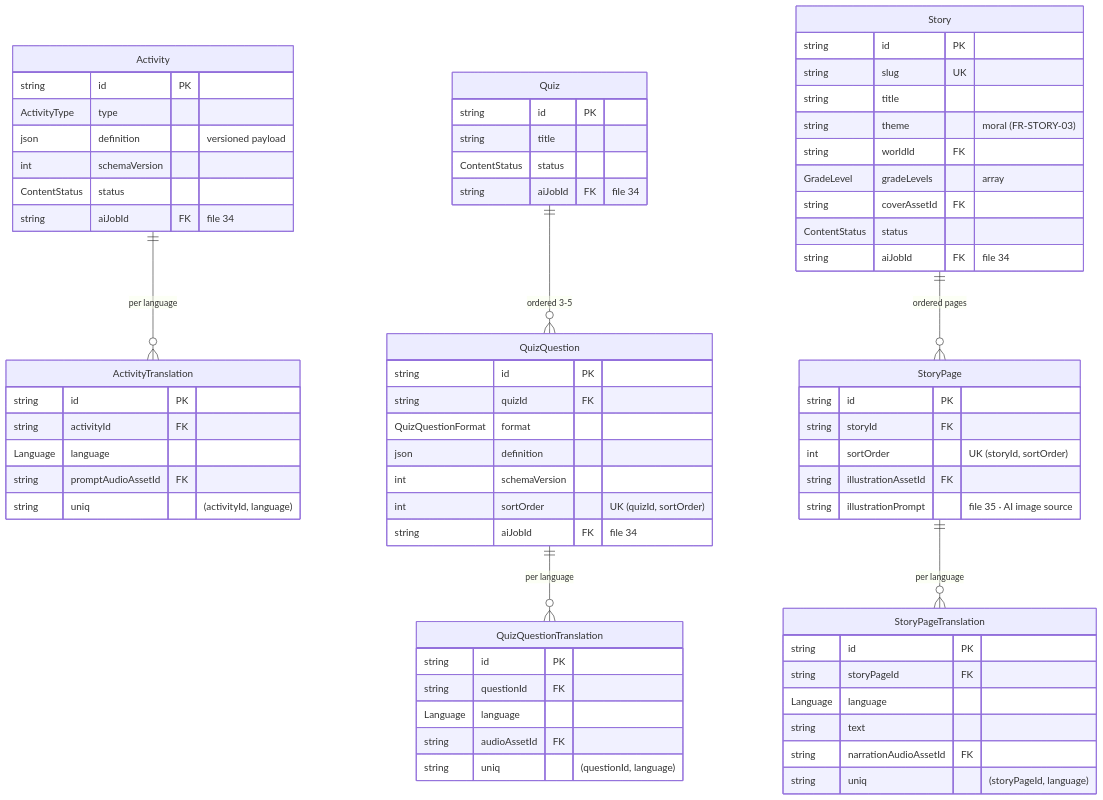
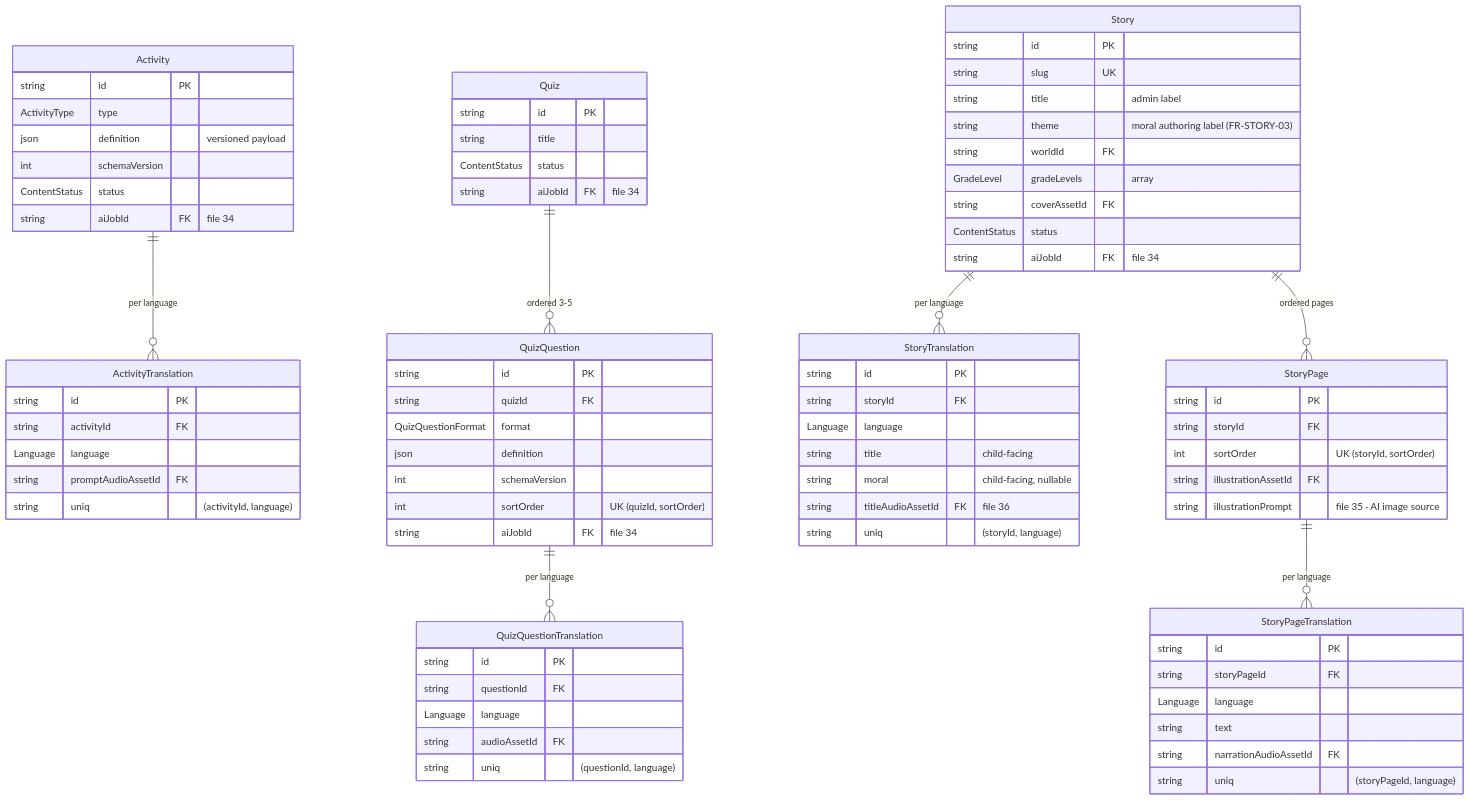
Before and after one commit to salmanbd100/kidlearn: the fourth of 7 diagrams in document/database-design.md, drawn with Mermaid. The commit also changed other lines of this file and 36 other files, not shown here.

````diff
--- a/document/database-design.md
+++ b/document/database-design.md
@@ -365,72 +365,82 @@
 ```mermaid
 erDiagram
     Activity ||--o{ ActivityTranslation : "per language"
     Quiz ||--o{ QuizQuestion : "ordered 3-5"
     QuizQuestion ||--o{ QuizQuestionTranslation : "per language"
+    Story ||--o{ StoryTranslation : "per language"
     Story ||--o{ StoryPage : "ordered pages"
     StoryPage ||--o{ StoryPageTranslation : "per language"
 
     Activity {
         string id PK
         ActivityType type
         json definition "versioned payload"
         int schemaVersion
         ContentStatus status
         string aiJobId FK "file 34"
     }
     ActivityTranslation {
         string id PK
         string activityId FK
         Language language
         string promptAudioAssetId FK
         string uniq "(activityId, language)"
     }
     Quiz {
         string id PK
         string title
         ContentStatus status
         string aiJobId FK "file 34"
     }
     QuizQuestion {
         string id PK
         string quizId FK
         QuizQuestionFormat format
         json definition
         int schemaVersion
         int sortOrder "UK (quizId, sortOrder)"
         string aiJobId FK "file 34"
     }
     QuizQuestionTranslation {
         string id PK
         string questionId FK
         Language language
         string audioAssetId FK
         string uniq "(questionId, language)"
     }
     Story {
         string id PK
         string slug UK
-        string title
-        string theme "moral (FR-STORY-03)"
+        string title "admin label"
+        string theme "moral authoring label (FR-STORY-03)"
         string worldId FK
         GradeLevel gradeLevels "array"
         string coverAssetId FK
         ContentStatus status
         string aiJobId FK "file 34"
+    }
+    StoryTranslation {
+        string id PK
+        string storyId FK
+        Language language
+        string title "child-facing"
+        string moral "child-facing, nullable"
+        string titleAudioAssetId FK "file 36"
+        string uniq "(storyId, language)"
     }
     StoryPage {
         string id PK
         string storyId FK
         int sortOrder "UK (storyId, sortOrder)"
         string illustrationAssetId FK
         string illustrationPrompt "file 35 · AI image source"
     }
     StoryPageTranslation {
         string id PK
         string storyPageId FK
         Language language
         string text
         string narrationAudioAssetId FK
         string uniq "(storyPageId, language)"
     }
 ```
````
